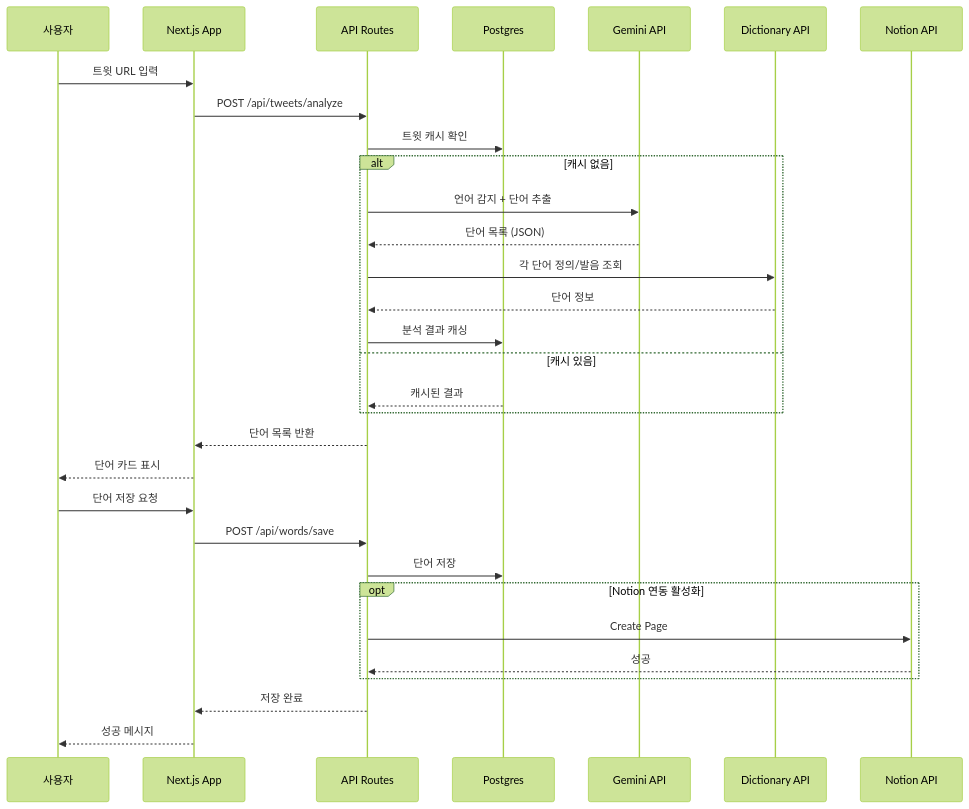
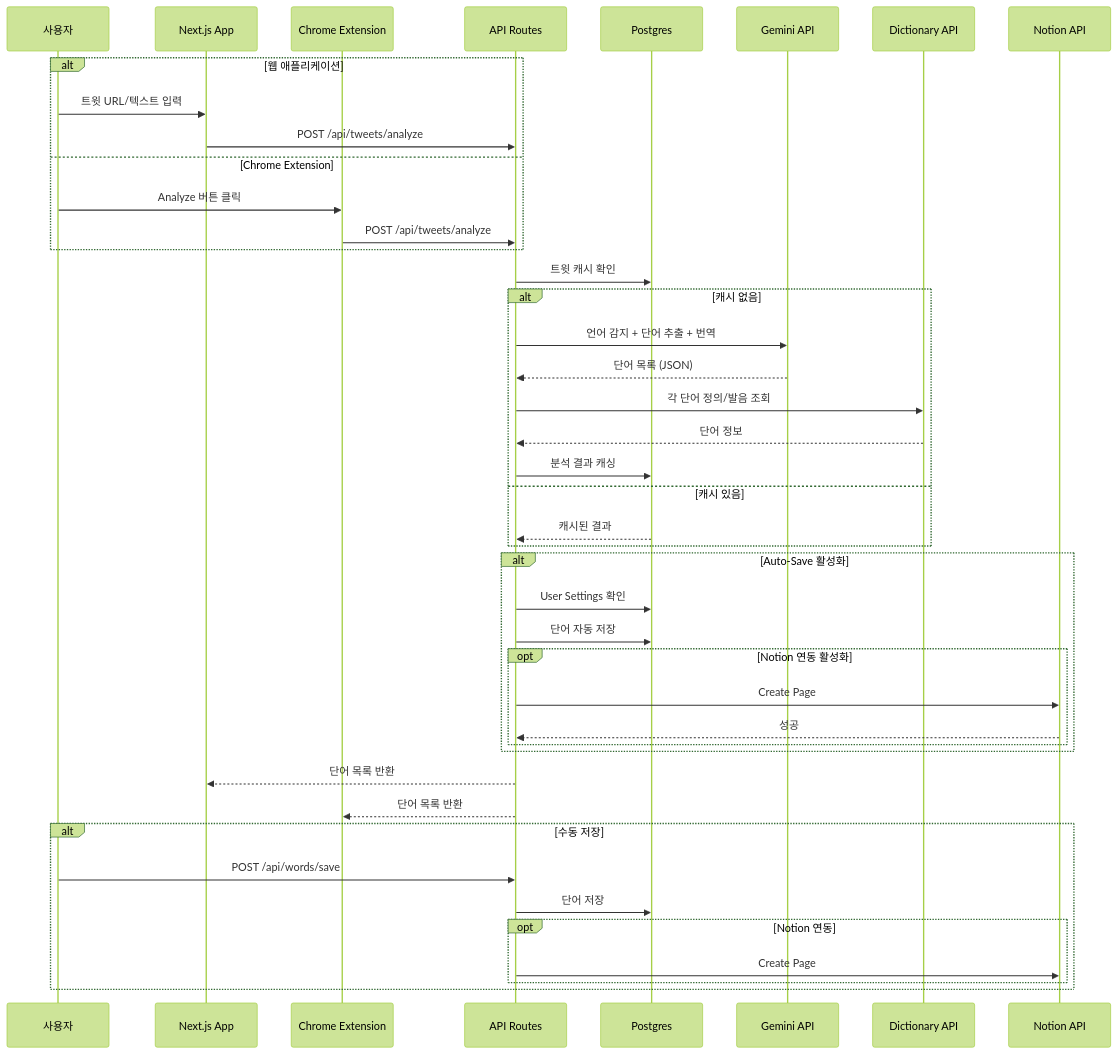
The second of 8 diagrams in docs/architecture.md (wrtn-edu-swu-bootcamp/project_16), drawn with Mermaid (forest theme) before and after one commit. The commit also changed other lines of this file and 2 other files, not shown here.

````diff
--- a/docs/architecture.md
+++ b/docs/architecture.md
@@ -257,39 +259,51 @@
 ```mermaid
 sequenceDiagram
     participant User as 사용자
     participant Web as Next.js App
+    participant Ext as Chrome Extension
     participant API as API Routes
     participant DB as Postgres
     participant Gemini as Gemini API
     participant Dict as Dictionary API
     participant Notion as Notion API
 
-    User->>Web: 트윗 URL 입력
-    Web->>API: POST /api/tweets/analyze
+    alt 웹 애플리케이션
+        User->>Web: 트윗 URL/텍스트 입력
+        Web->>API: POST /api/tweets/analyze
+    else Chrome Extension
+        User->>Ext: Analyze 버튼 클릭
+        Ext->>API: POST /api/tweets/analyze
+    end
+    
     API->>DB: 트윗 캐시 확인
     
     alt 캐시 없음
-        API->>Gemini: 언어 감지 + 단어 추출
+        API->>Gemini: 언어 감지 + 단어 추출 + 번역
         Gemini-->>API: 단어 목록 (JSON)
         API->>Dict: 각 단어 정의/발음 조회
         Dict-->>API: 단어 정보
         API->>DB: 분석 결과 캐싱
     else 캐시 있음
         DB-->>API: 캐시된 결과
     end
     
-    API-->>Web: 단어 목록 반환
-    Web-->>User: 단어 카드 표시
-    
-    User->>Web: 단어 저장 요청
-    Web->>API: POST /api/words/save
-    API->>DB: 단어 저장
-    
-    opt Notion 연동 활성화
-        API->>Notion: Create Page
-        Notion-->>API: 성공
+    alt Auto-Save 활성화
+        API->>DB: User Settings 확인
+        API->>DB: 단어 자동 저장
+        opt Notion 연동 활성화
+            API->>Notion: Create Page
+            Notion-->>API: 성공
+        end
     end
     
-    API-->>Web: 저장 완료
-    Web-->>User: 성공 메시지
+    API-->>Web: 단어 목록 반환
+    API-->>Ext: 단어 목록 반환
+    
+    alt 수동 저장
+        User->>API: POST /api/words/save
+        API->>DB: 단어 저장
+        opt Notion 연동
+            API->>Notion: Create Page
+        end
+    end
 ```
````
